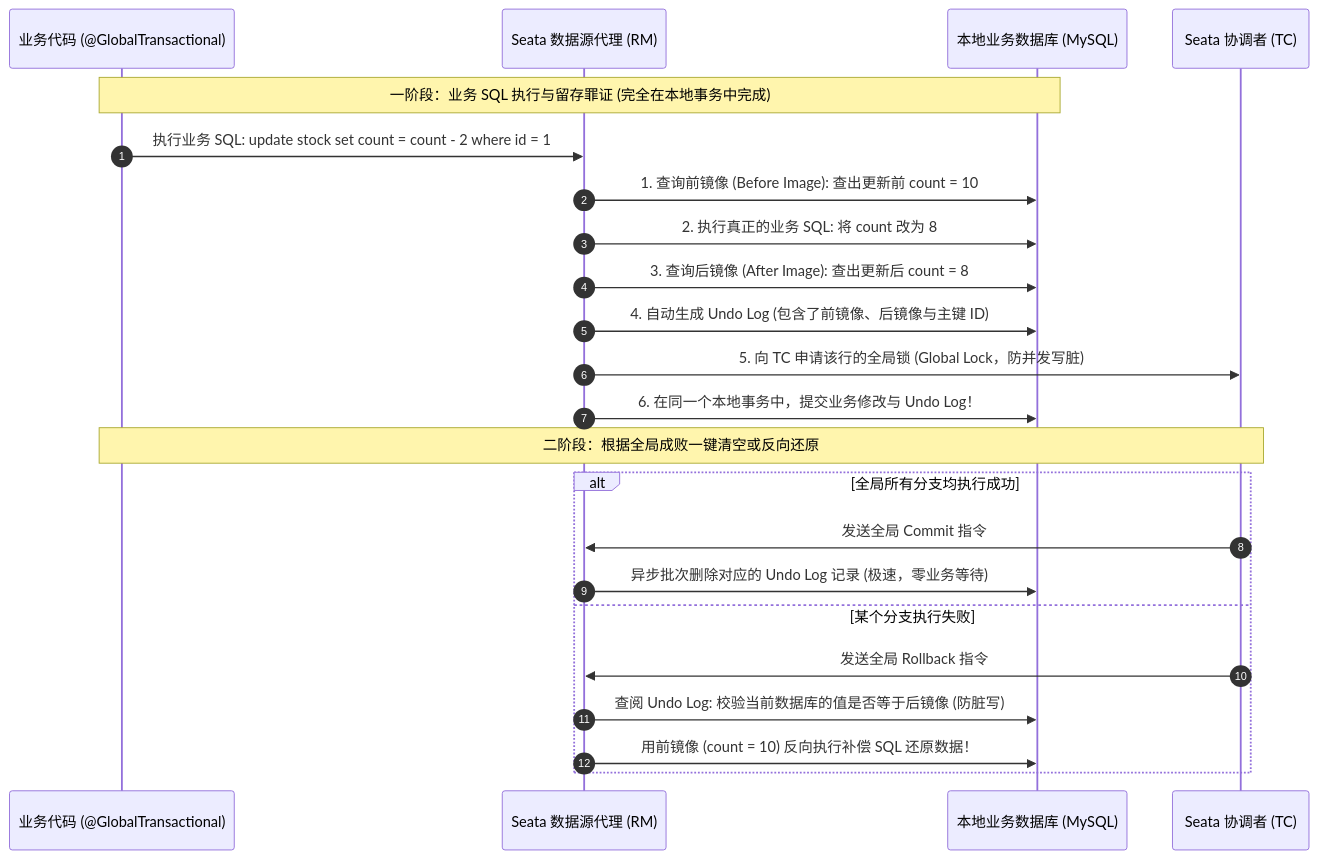
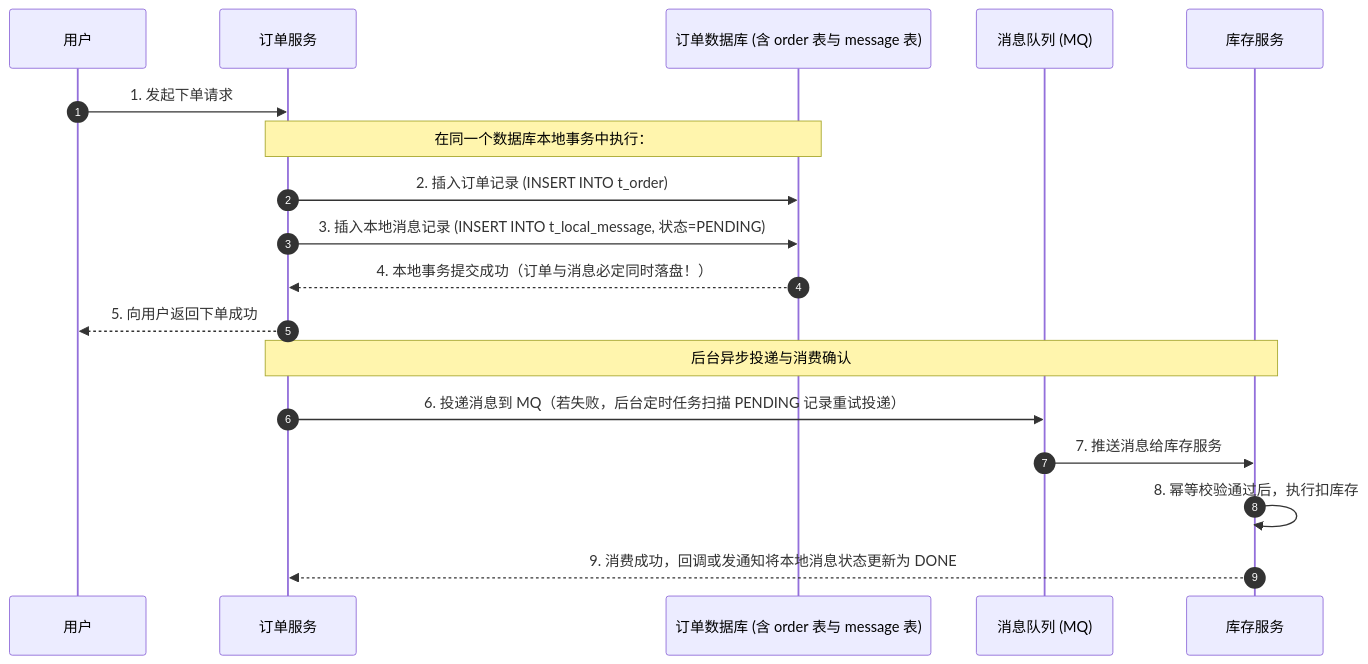
The fourth of 5 diagrams in 20-Java后端/07-分布式与微服务/03-分布式事务-2PC-TCC-Saga.md (GuoWWWX/knowledge-base), drawn with Mermaid before and after one commit. The commit also changed other lines of this file and 251 other files, not shown here.

````diff
--- a/20-Java后端/07-分布式与微服务/03-分布式事务-2PC-TCC-Saga.md
+++ b/20-Java后端/07-分布式与微服务/03-分布式事务-2PC-TCC-Saga.md
@@ -124,27 +208,22 @@
 ```mermaid
 sequenceDiagram
     autonumber
-    participant App as 业务代码 (@GlobalTransactional)
-    participant Proxy as Seata 数据源代理 (RM)
-    participant DB as 本地业务数据库 (MySQL)
-    participant TC as Seata 协调者 (TC)
+    participant User as 用户
+    participant OrderSvc as 订单服务
+    participant OrderDB as 订单数据库 (含 order 表与 message 表)
+    participant MQ as 消息队列 (MQ)
+    participant StockSvc as 库存服务
 
-    Note over App,DB: 一阶段：业务 SQL 执行与留存罪证 (完全在本地事务中完成)
-    App->>Proxy: 执行业务 SQL: update stock set count = count - 2 where id = 1
-    Proxy->>DB: 1. 查询前镜像 (Before Image): 查出更新前 count = 10
-    Proxy->>DB: 2. 执行真正的业务 SQL: 将 count 改为 8
-    Proxy->>DB: 3. 查询后镜像 (After Image): 查出更新后 count = 8
-    Proxy->>DB: 4. 自动生成 Undo Log (包含了前镜像、后镜像与主键 ID)
-    Proxy->>TC: 5. 向 TC 申请该行的全局锁 (Global Lock，防并发写脏)
-    Proxy->>DB: 6. 在同一个本地事务中，提交业务修改与 Undo Log！
+    User->>OrderSvc: 1. 发起下单请求
+    Note over OrderSvc,OrderDB: 在同一个数据库本地事务中执行：
+    OrderSvc->>OrderDB: 2. 插入订单记录 (INSERT INTO t_order)
+    OrderSvc->>OrderDB: 3. 插入本地消息记录 (INSERT INTO t_local_message, 状态=PENDING)
+    OrderDB-->>OrderSvc: 4. 本地事务提交成功（订单与消息必定同时落盘！）
+    OrderSvc-->>User: 5. 向用户返回下单成功
 
-    Note over App,TC: 二阶段：根据全局成败一键清空或反向还原
-    alt 全局所有分支均执行成功
-        TC->>Proxy: 发送全局 Commit 指令
-        Proxy->>DB: 异步批次删除对应的 Undo Log 记录 (极速，零业务等待)
-    else 某个分支执行失败
-        TC->>Proxy: 发送全局 Rollback 指令
-        Proxy->>DB: 查阅 Undo Log: 校验当前数据库的值是否等于后镜像 (防脏写)
-        Proxy->>DB: 用前镜像 (count = 10) 反向执行补偿 SQL 还原数据！
-    end
+    Note over OrderSvc,StockSvc: 后台异步投递与消费确认
+    OrderSvc->>MQ: 6. 投递消息到 MQ（若失败，后台定时任务扫描 PENDING 记录重试投递）
+    MQ->>StockSvc: 7. 推送消息给库存服务
+    StockSvc->>StockSvc: 8. 幂等校验通过后，执行扣库存
+    StockSvc-->>OrderSvc: 9. 消费成功，回调或发通知将本地消息状态更新为 DONE
 ```
````
